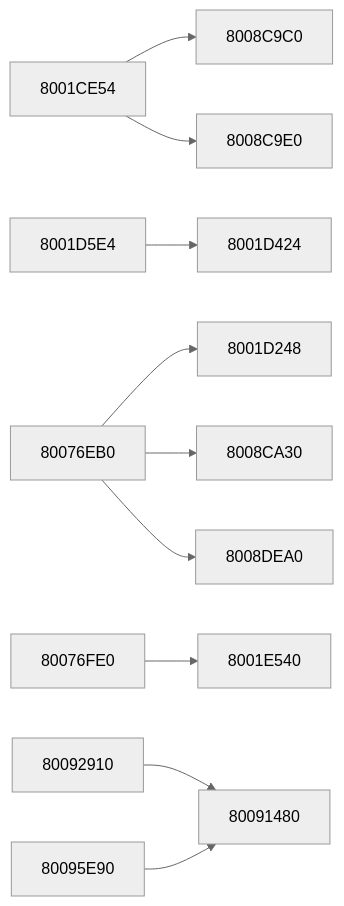
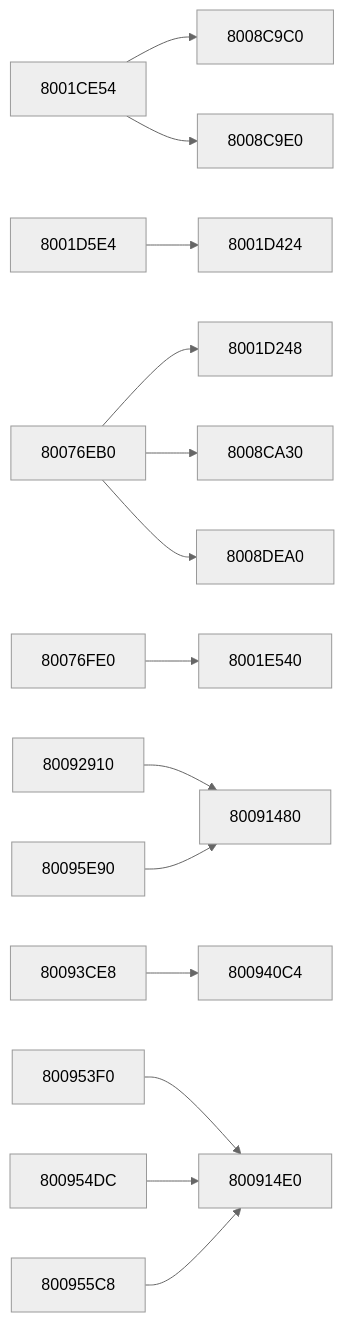
The ninth of 11 diagrams in docs/FUNCTION_MAP.md (kai-luni/Future-Cop-L.A.P.D-PS1), drawn with Mermaid (neutral theme) before and after one commit. The commit also changed other lines of this file, not shown here.

````diff
--- a/docs/FUNCTION_MAP.md
+++ b/docs/FUNCTION_MAP.md
@@ -964,26 +1187,36 @@
 ```mermaid
 graph LR
     f8001ce54 --> f8008c9c0
     f8001ce54 --> f8008c9e0
     f8001d5e4 --> f8001d424
     f80076eb0 --> f8001d248
     f80076eb0 --> f8008ca30
     f80076eb0 --> f8008dea0
     f80076fe0 --> f8001e540
     f80092910 --> f80091480
+    f80093ce8 --> f800940c4
+    f800953f0 --> f800914e0
+    f800954dc --> f800914e0
+    f800955c8 --> f800914e0
     f80095e90 --> f80091480
     f8001ce54["8001CE54"]
     f8001d248["8001D248"]
     f8001d424["8001D424"]
     f8001d5e4["8001D5E4"]
     f8001e540["8001E540"]
     f80076eb0["80076EB0"]
     f80076fe0["80076FE0"]
     f8008c9c0["8008C9C0"]
     f8008c9e0["8008C9E0"]
     f8008ca30["8008CA30"]
     f8008dea0["8008DEA0"]
     f80091480["80091480"]
+    f800914e0["800914E0"]
     f80092910["80092910"]
+    f80093ce8["80093CE8"]
+    f800940c4["800940C4"]
+    f800953f0["800953F0"]
+    f800954dc["800954DC"]
+    f800955c8["800955C8"]
     f80095e90["80095E90"]
 ```
````
